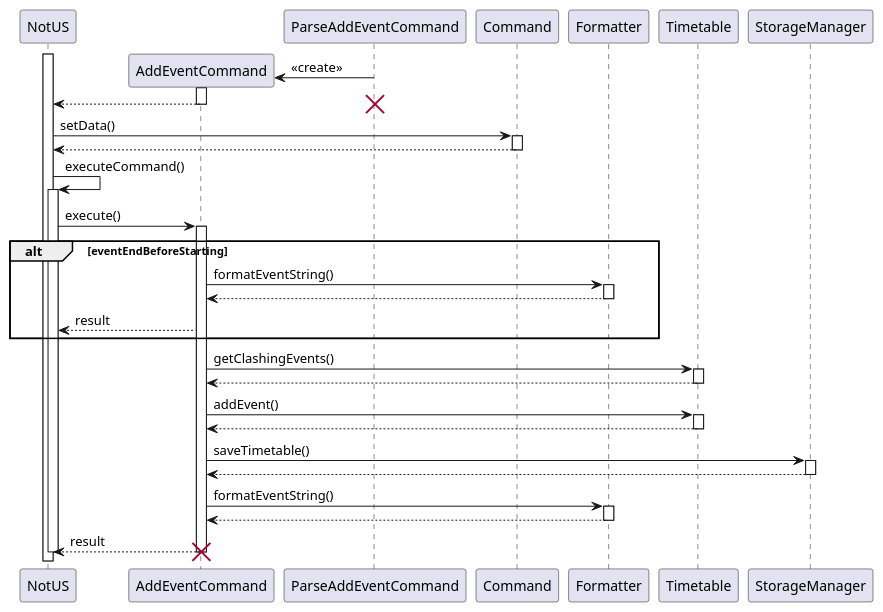
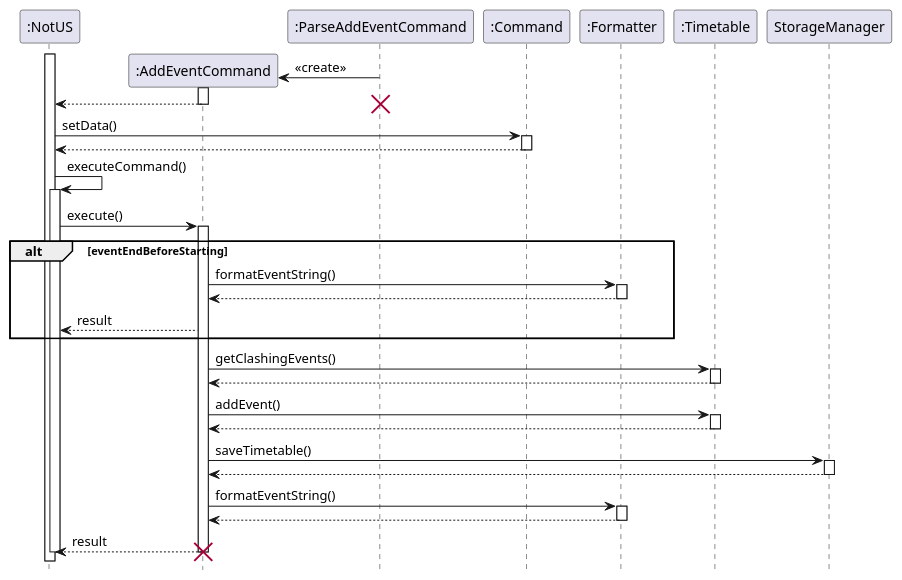
The diagram in docs/diagrams/AddEvent_Sequence.puml (nus-cs2113-AY2021S1/tp), drawn with PlantUML before and after one commit. The commit also changed 1 other file, not shown here.

```diff
--- a/docs/diagrams/AddEvent_Sequence.puml
+++ b/docs/diagrams/AddEvent_Sequence.puml
@@ -1,61 +1,69 @@
 @startuml
+hide footbox
+
+participant ":NotUS" as NotUS
+participant ":AddEventCommand" as AddEventCommand
+participant ":ParseAddEventCommand" as ParseAddEventCommand
+participant ":Command" as Command
+participant ":Formatter" as Formatter
+participant ":Timetable" as Timetable
 
 activate NotUS
 
 create AddEventCommand
 
 ParseAddEventCommand -> AddEventCommand: <<create>>
 
 activate AddEventCommand
 AddEventCommand --> NotUS
 deactivate AddEventCommand
 
 deactivate ParseAddEventCommand
 
 destroy ParseAddEventCommand
 
 NotUS -> Command: setData()
 
 activate Command
 Command --> NotUS
 deactivate Command
 
 NotUS -> NotUS: executeCommand()
 activate NotUS
 NotUS -> AddEventCommand: execute()
 
 activate AddEventCommand
 alt eventEndBeforeStarting
 AddEventCommand -> Formatter: formatEventString()
 activate Formatter
 return
 deactivate Formatter
 AddEventCommand --> NotUS: result
 end
 
 AddEventCommand -> Timetable: getClashingEvents()
 activate Timetable
 return
 deactivate Timetable
 
 AddEventCommand -> Timetable: addEvent()
 activate Timetable
 return
 deactivate Timetable
 
 AddEventCommand -> StorageManager: saveTimetable()
 activate StorageManager
 return
 deactivate StorageManager
 
 AddEventCommand -> Formatter: formatEventString()
 activate Formatter
 return
 deactivate Formatter
 
 AddEventCommand --> NotUS: result
 deactivate AddEventCommand
 
 deactivate NotUS
 destroy AddEventCommand
 @enduml
```
